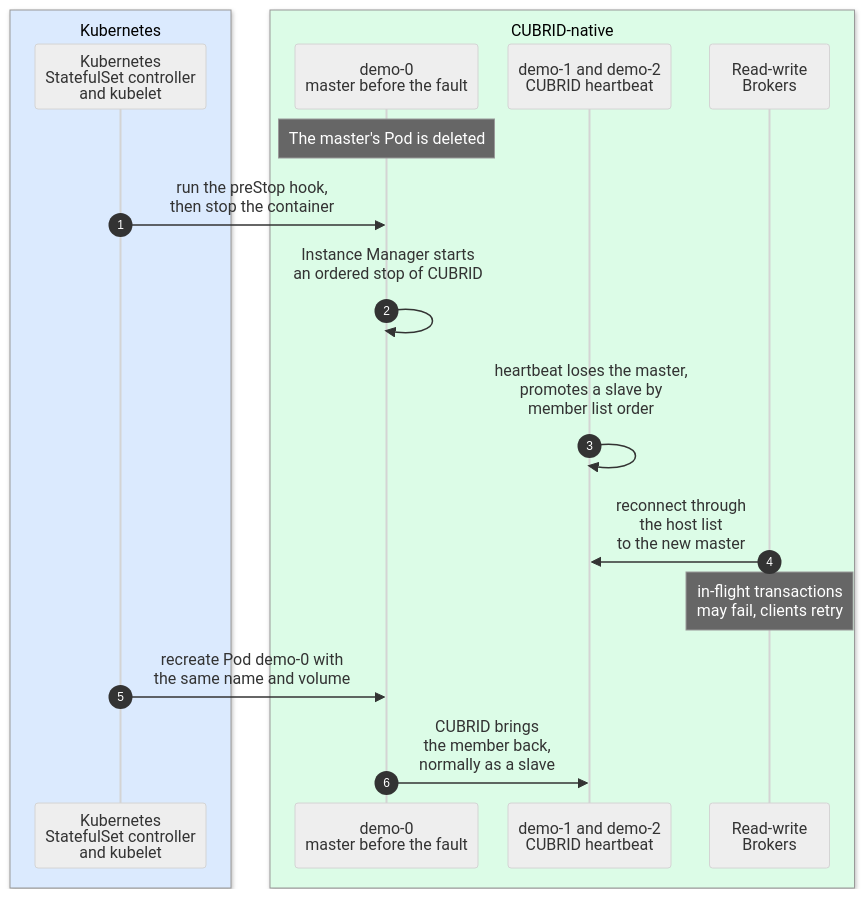
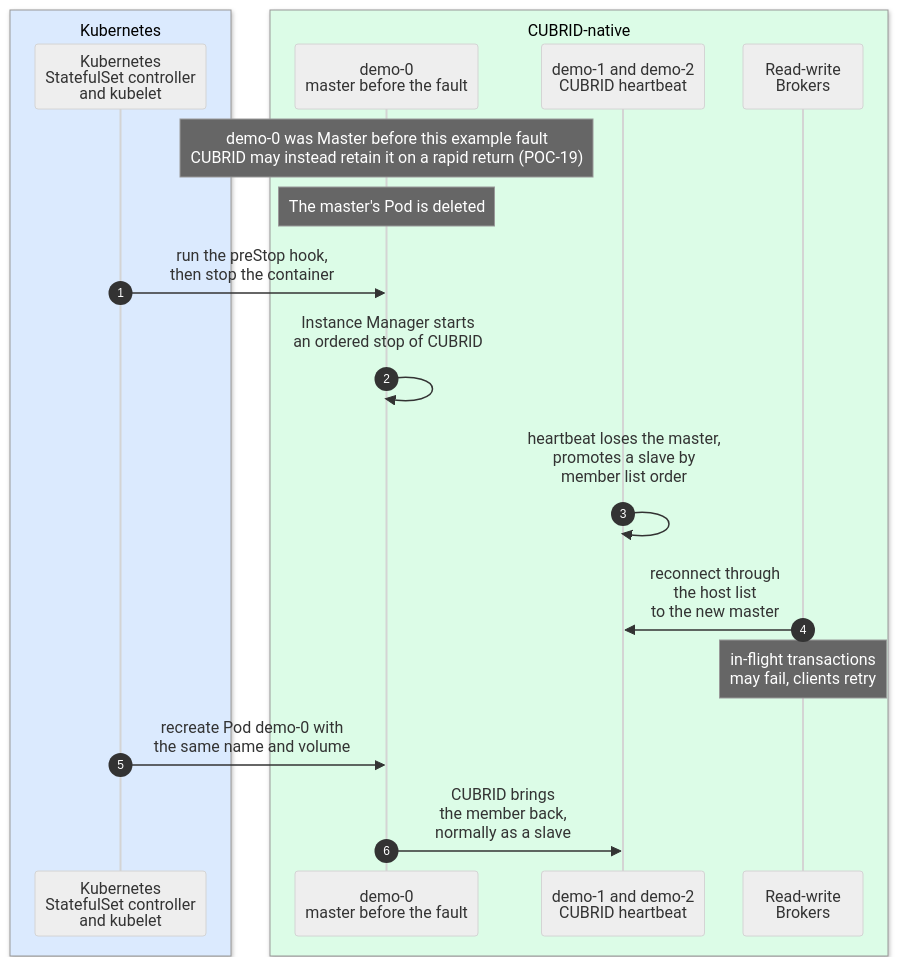
Before and after one commit to cubrid-lab/cubrid-kubernetes-operator: the first of 2 diagrams in docs/architecture/failure-recovery.md, drawn with Mermaid (neutral theme). The commit also changed other lines of this file, not shown here.

Commit message:
docs(recovery): keep the fault sequence consistent with runtime-elected HA roles

````diff
--- a/docs/architecture/failure-recovery.md
+++ b/docs/architecture/failure-recovery.md
@@ -29,22 +31,23 @@
 ```mermaid
 %%{init: {"sequence": {"actorMargin": 30, "width": 120}}}%%
 sequenceDiagram
     autonumber
     box rgb(219,234,254) Kubernetes
         participant K8S as Kubernetes<br/>StatefulSet controller<br/>and kubelet
     end
     box rgb(220,252,231) CUBRID-native
         participant OLD as demo-0<br/>master before the fault
         participant HA as demo-1 and demo-2<br/>CUBRID heartbeat
         participant BRW as Read-write<br/>Brokers
     end
 
+    Note over OLD: demo-0 was Master before this example fault<br/>CUBRID may instead retain it on a rapid return (POC-19)
     Note over OLD: The master's Pod is deleted
     K8S->>OLD: run the preStop hook,<br/>then stop the container
     OLD->>OLD: Instance Manager starts<br/>an ordered stop of CUBRID<br/>#nbsp;
     HA->>HA: heartbeat loses the master,<br/>promotes a slave by<br/>member list order<br/>#nbsp;
     BRW->>HA: reconnect through<br/>the host list<br/>to the new master
     Note over BRW: in-flight transactions<br/>may fail, clients retry
     K8S->>OLD: recreate Pod demo-0 with<br/>the same name and volume
     OLD->>HA: CUBRID brings<br/>the member back,<br/>normally as a slave
 ```
````
